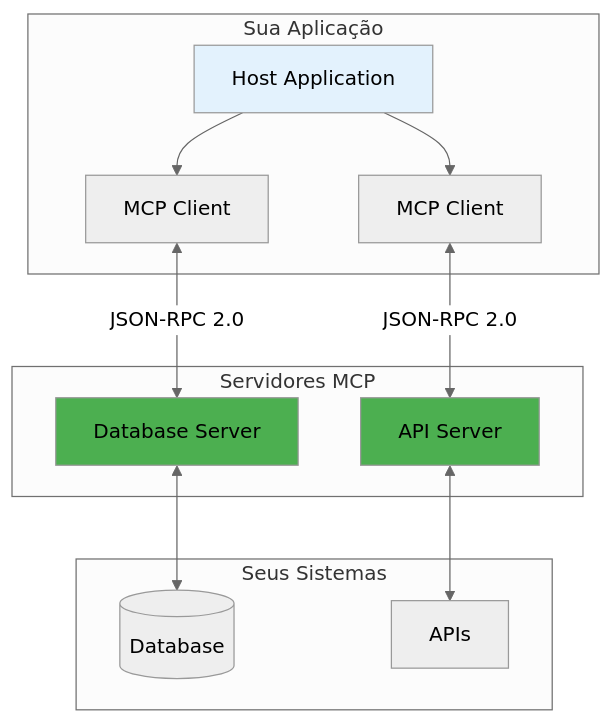
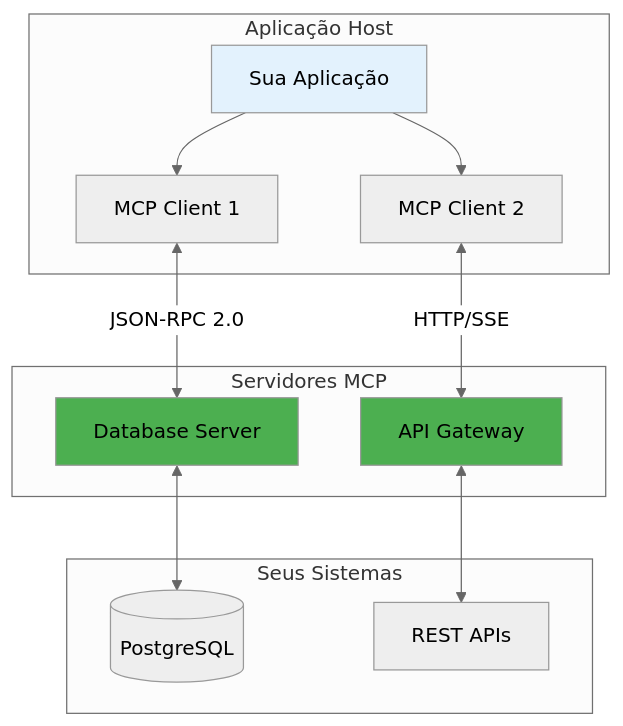
The fifth of 17 diagrams in AI/Comunicação/MCP/00-mcp-presentation-zero to hero.md (felipepimentel/my-public-notes), drawn with Mermaid (neutral theme) before and after one commit. The commit also changed other lines of this file, not shown here.

````diff
--- a/AI/Comunicação/MCP/00-mcp-presentation-zero to hero.md
+++ b/AI/Comunicação/MCP/00-mcp-presentation-zero to hero.md
@@ -109,23 +107,23 @@
 ```mermaid
 graph TB
-    subgraph "Sua Aplicação"
-        APP[Host Application]
-        C1[MCP Client] & C2[MCP Client]
+    subgraph "Aplicação Host"
+        APP[Sua Aplicação]
+        C1[MCP Client 1] & C2[MCP Client 2]
         APP --> C1 & C2
     end
     
     subgraph "Servidores MCP"
-        S1[Database Server] & S2[API Server]
+        S1[Database Server] & S2[API Gateway]
     end
     
     subgraph "Seus Sistemas"
-        SYS1[(Database)] & SYS2[APIs]
+        SYS1[(PostgreSQL)] & SYS2[REST APIs]
     end
     
     C1 <-->|"JSON-RPC 2.0"| S1 <--> SYS1
-    C2 <-->|"JSON-RPC 2.0"| S2 <--> SYS2
+    C2 <-->|"HTTP/SSE"| S2 <--> SYS2
     
     style APP fill:#e3f2fd
     style S1 fill:#4CAF50
     style S2 fill:#4CAF50
 ```
````
